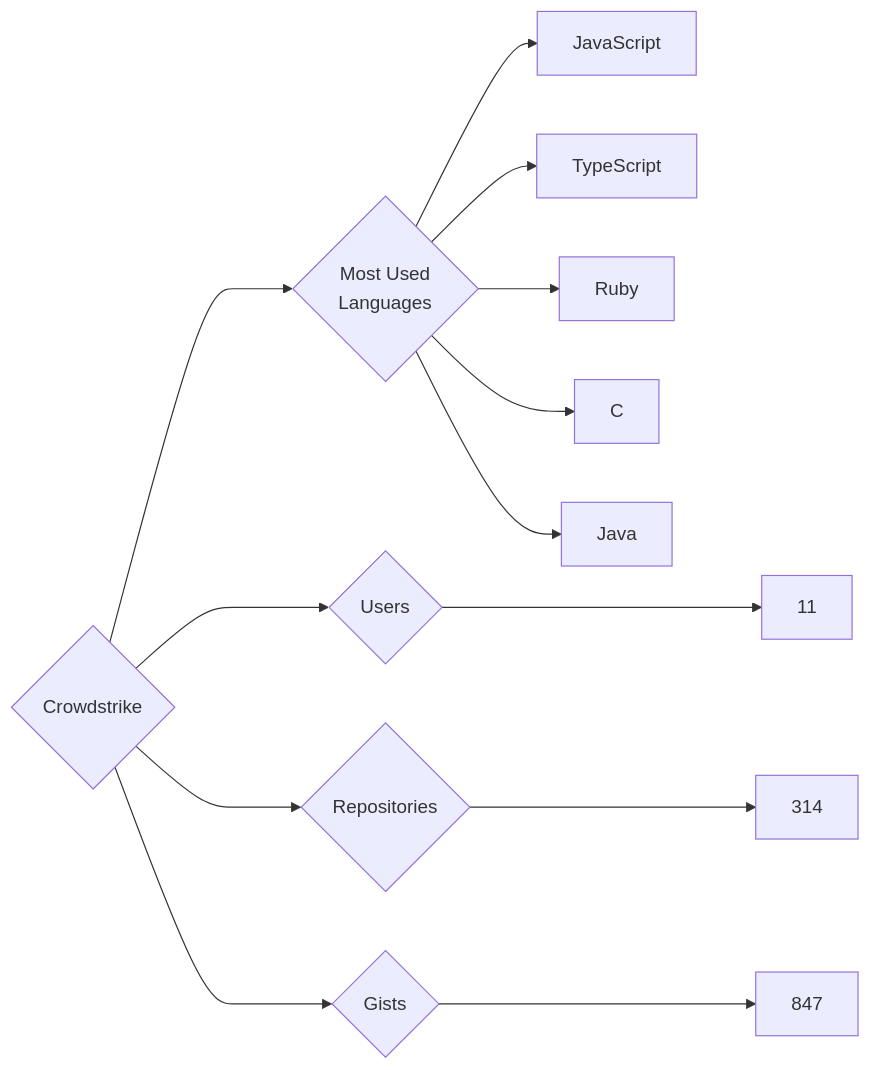
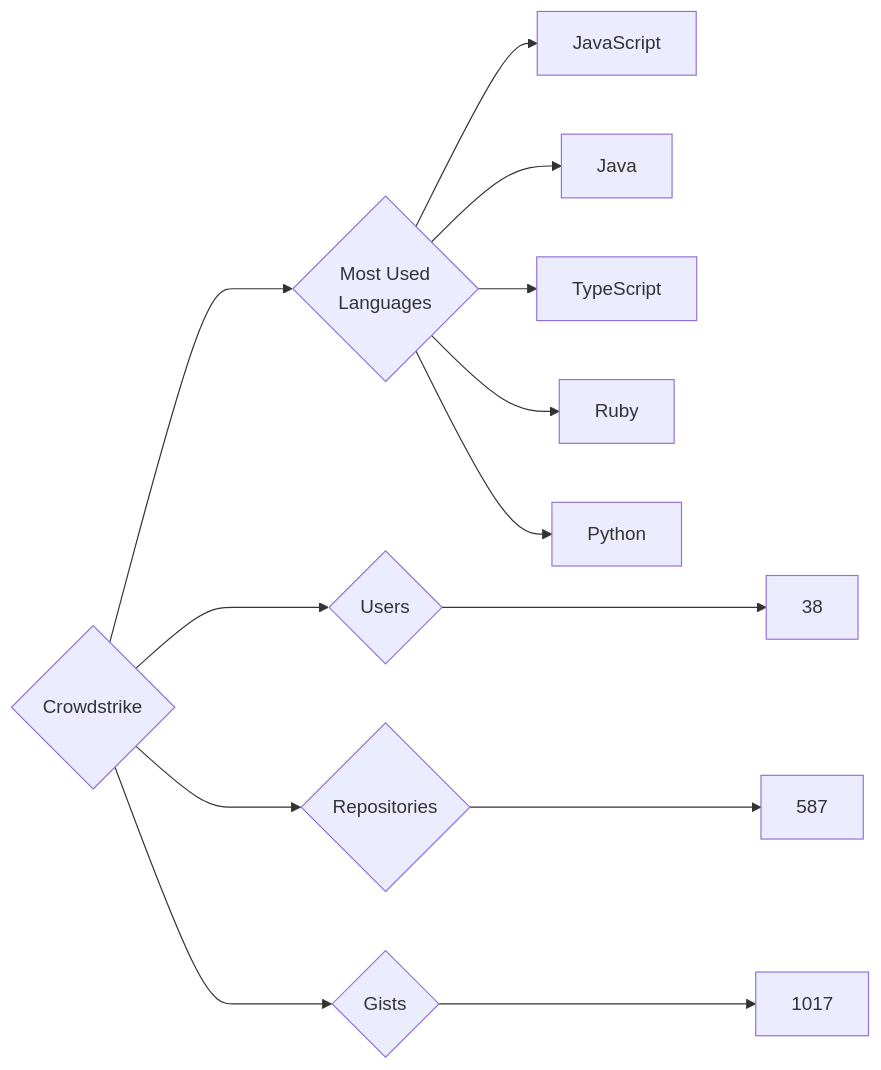
The diagram in targets/Crowdstrike/README.md (trickest/insiders), drawn with Mermaid before and after one commit. The commit also changed 984 other files, not shown here.

````diff
--- a/targets/Crowdstrike/README.md
+++ b/targets/Crowdstrike/README.md
@@ -3,13 +3,13 @@
 ```mermaid
 graph LR
 COMPANY_NAME{Crowdstrike}
-COMPANY_NAME ---> U{Users} ---> UN[11]
-COMPANY_NAME ---> R{Repositories} ---> RN[314]
-COMPANY_NAME ---> G{Gists} ---> GN[847]
+COMPANY_NAME ---> U{Users} ---> UN[38]
+COMPANY_NAME ---> R{Repositories} ---> RN[587]
+COMPANY_NAME ---> G{Gists} ---> GN[1017]
 COMPANY_NAME ---> ML{Most Used<br>Languages}
 ML --> JavaScript[JavaScript]
+ML --> Java[Java]
 ML --> TypeScript[TypeScript]
 ML --> Ruby[Ruby]
-ML --> C[C]
-ML --> Java[Java]
+ML --> Python[Python]
 ```
````
